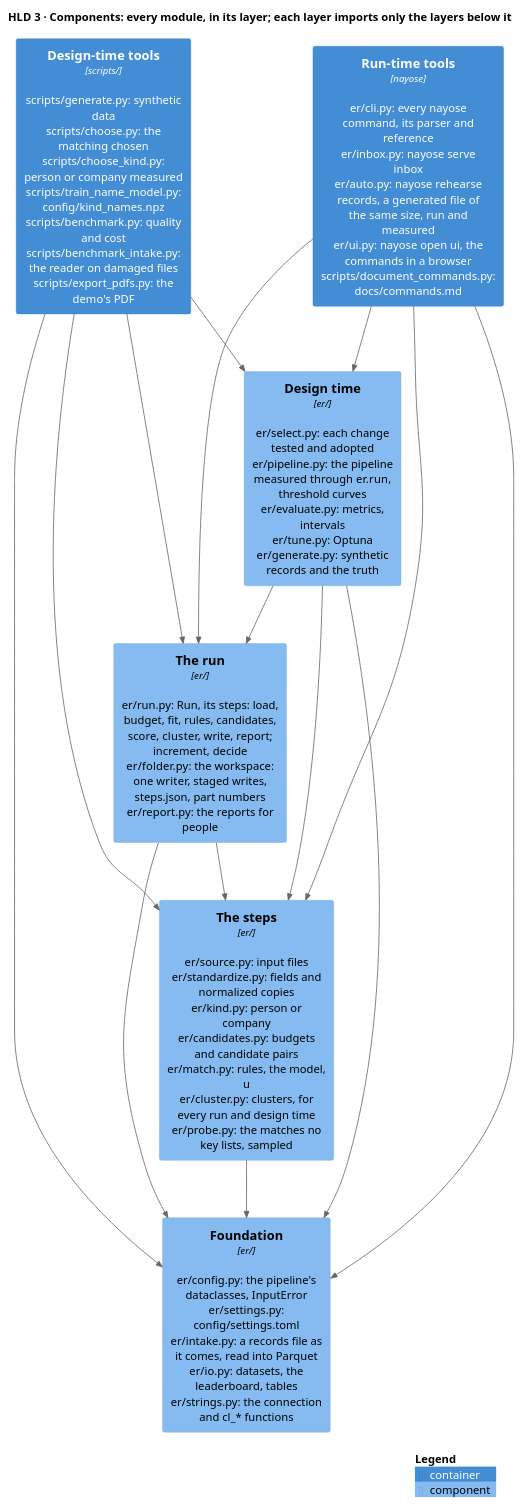
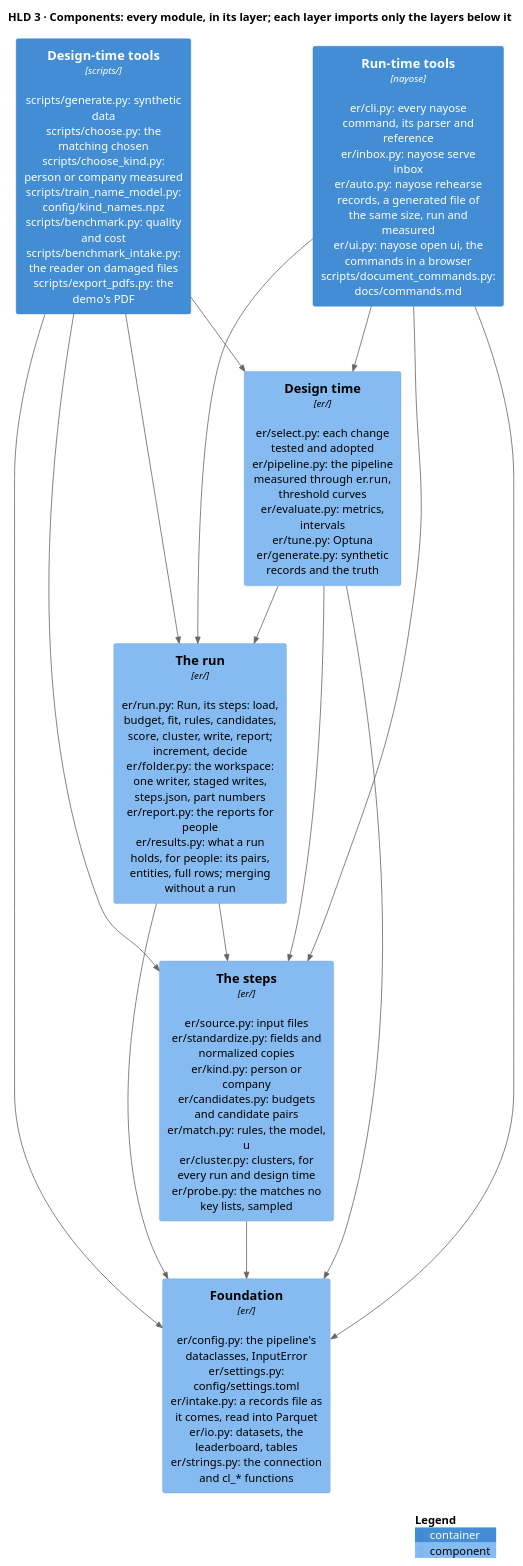
One commit to mvsbm/entity_matching changed the diagram in docs/diagrams/components.puml. Above: the diagram before and after it, drawn with PlantUML. The commit also changed 19 other files, not shown here.

```diff
--- a/docs/diagrams/components.puml
+++ b/docs/diagrams/components.puml
@@ -1,31 +1,31 @@
 @startuml components
 !include <C4/C4_Component>
 LAYOUT_TOP_DOWN()
 HIDE_STEREOTYPE()
 title HLD 3 · Components: every module, in its layer; each layer imports only the layers below it
 
 Container(tools_run, "Run-time tools", "nayose", "er/cli.py: every nayose command, its parser and reference\ner/inbox.py: nayose serve inbox\ner/auto.py: nayose rehearse records, a generated file of the same size, run and measured\ner/ui.py: nayose open ui, the commands in a browser\nscripts/document_commands.py: docs/commands.md")
 Container(tools_design, "Design-time tools", "scripts/", "scripts/generate.py: synthetic data\nscripts/choose.py: the matching chosen\nscripts/choose_kind.py: person or company measured\nscripts/train_name_model.py: config/kind_names.npz\nscripts/benchmark.py: quality and cost\nscripts/benchmark_intake.py: the reader on damaged files\nscripts/export_pdfs.py: the demo's PDF")
 
-Component(run, "The run", "er/", "er/run.py: Run, its steps: load, budget, fit, rules, candidates, score, cluster, write, report; increment, decide\ner/folder.py: the workspace: one writer, staged writes, steps.json, part numbers\ner/report.py: the reports for people")
+Component(run, "The run", "er/", "er/run.py: Run, its steps: load, budget, fit, rules, candidates, score, cluster, write, report; increment, decide\ner/folder.py: the workspace: one writer, staged writes, steps.json, part numbers\ner/report.py: the reports for people\ner/results.py: what a run holds, for people: its pairs, entities, full rows; merging without a run")
 Component(design, "Design time", "er/", "er/select.py: each change tested and adopted\ner/pipeline.py: the pipeline measured through er.run, threshold curves\ner/evaluate.py: metrics, intervals\ner/tune.py: Optuna\ner/generate.py: synthetic records and the truth")
 Component(steps, "The steps", "er/", "er/source.py: input files\ner/standardize.py: fields and normalized copies\ner/kind.py: person or company\ner/candidates.py: budgets and candidate pairs\ner/match.py: rules, the model, u\ner/cluster.py: clusters, for every run and design time\ner/probe.py: the matches no key lists, sampled")
 Component(configuration, "Foundation", "er/", "er/config.py: the pipeline's dataclasses, InputError\ner/settings.py: config/settings.toml\ner/intake.py: a records file as it comes, read into Parquet\ner/io.py: datasets, the leaderboard, tables\ner/strings.py: the connection and cl_* functions")
 
 Rel_D(tools_run, run, "")
 Rel_D(tools_run, steps, "")
 Rel_D(tools_run, configuration, "")
 Rel_D(tools_run, design, "")
 Rel_D(tools_design, run, "")
 Rel_D(tools_design, design, "")
 Rel_D(tools_design, steps, "")
 Rel_D(tools_design, configuration, "")
 Rel_D(run, steps, "")
 Rel_D(run, configuration, "")
 Rel_D(design, run, "")
 Rel_D(design, steps, "")
 Rel_D(design, configuration, "")
 Rel_D(steps, configuration, "")
 
 SHOW_LEGEND()
 @enduml
```
